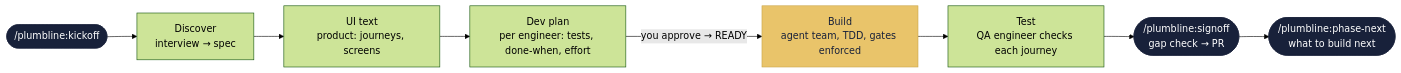
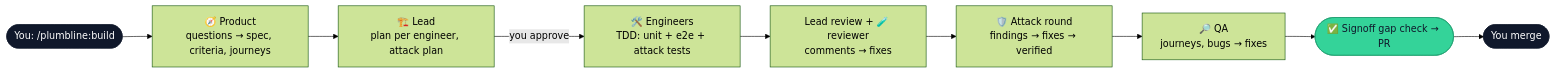
One commit to safiullah7/plumbline changed the diagram in README.md. Above: the diagram before and after it, drawn with Mermaid (forest theme). The commit also changed other lines of this file and 64 other files, not shown here.

First line of the commit message:
README redesign: your dev team, inside Claude Code

````diff
--- a/README.md
+++ b/README.md
@@ -269,15 +181,16 @@
 ```mermaid
 flowchart LR
-    K(["/plumbline:kickoff"]) --> D["Discover<br/>interview → spec"]
-    D --> UX["UI text<br/>product: journeys, screens"]
-    UX --> P["Dev plan<br/>per engineer: tests, done-when, effort"]
-    P -->|"you approve → READY"| B["Build<br/>agent team, TDD, gates enforced"]
-    B --> V["Test<br/>QA engineer checks each journey"]
-    V --> S(["/plumbline:signoff<br/>gap check → PR"])
-    S --> N(["/plumbline:phase-next<br/>what to build next"])
+    U(["You: /plumbline:build"]) --> P["🧭 Product<br/>questions → spec, criteria, journeys"]
+    P --> L["🏗️ Lead<br/>plan per engineer, attack plan"]
+    L -->|"you approve"| B["🛠️ Engineers<br/>TDD: unit + e2e + attack tests"]
+    B --> R["Lead review + 🧪 reviewer<br/>comments → fixes"]
+    R --> A["🛡️ Attack round<br/>findings → fixes → verified"]
+    A --> Q["🔎 QA<br/>journeys, bugs → fixes"]
+    Q --> S(["✅ Signoff gap check → PR"])
+    S --> M(["You merge"])
 
-    classDef cmd fill:#18213a,color:#fff,stroke:#18213a;
-    classDef gate fill:#e9c46a,color:#18213a,stroke:#c9a54a;
-    class K,S,N cmd;
-    class B gate;
+    classDef you fill:#10182B,color:#fff,stroke:#10182B;
+    classDef gate fill:#34D399,color:#10182B,stroke:#1f9e70;
+    class U,M you;
+    class S gate;
 ```
````
